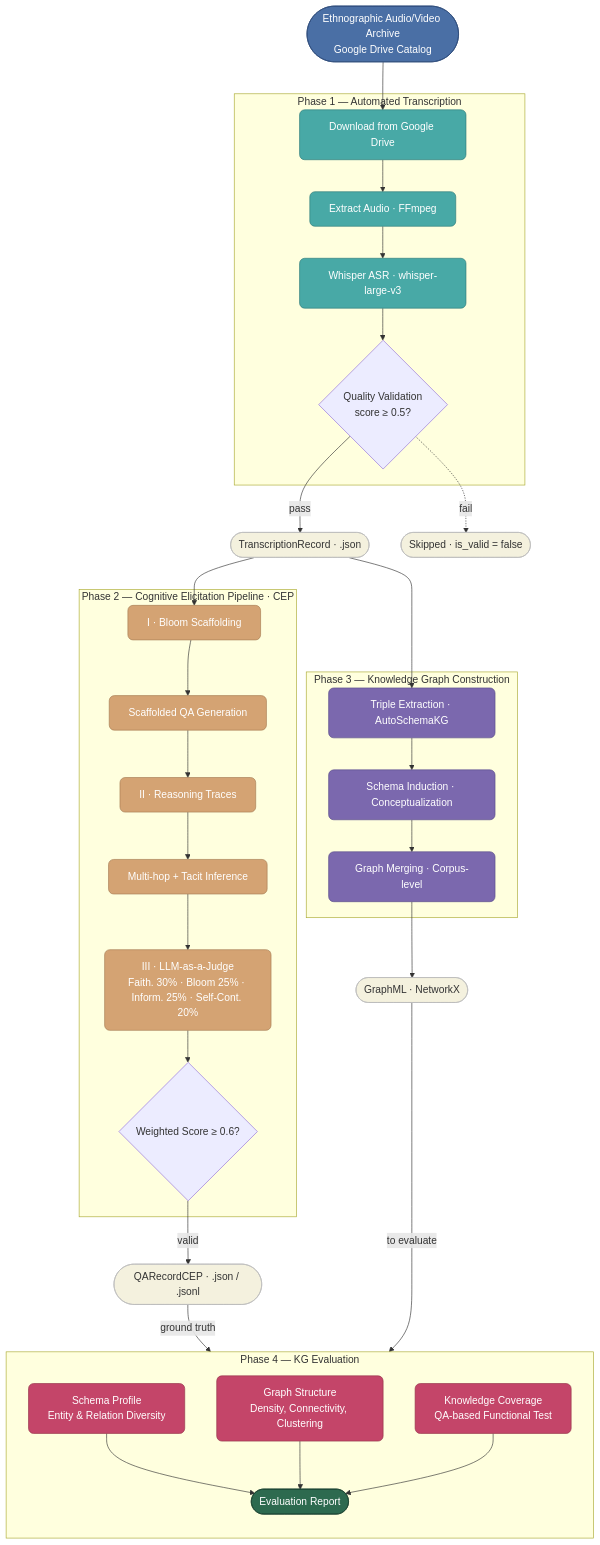
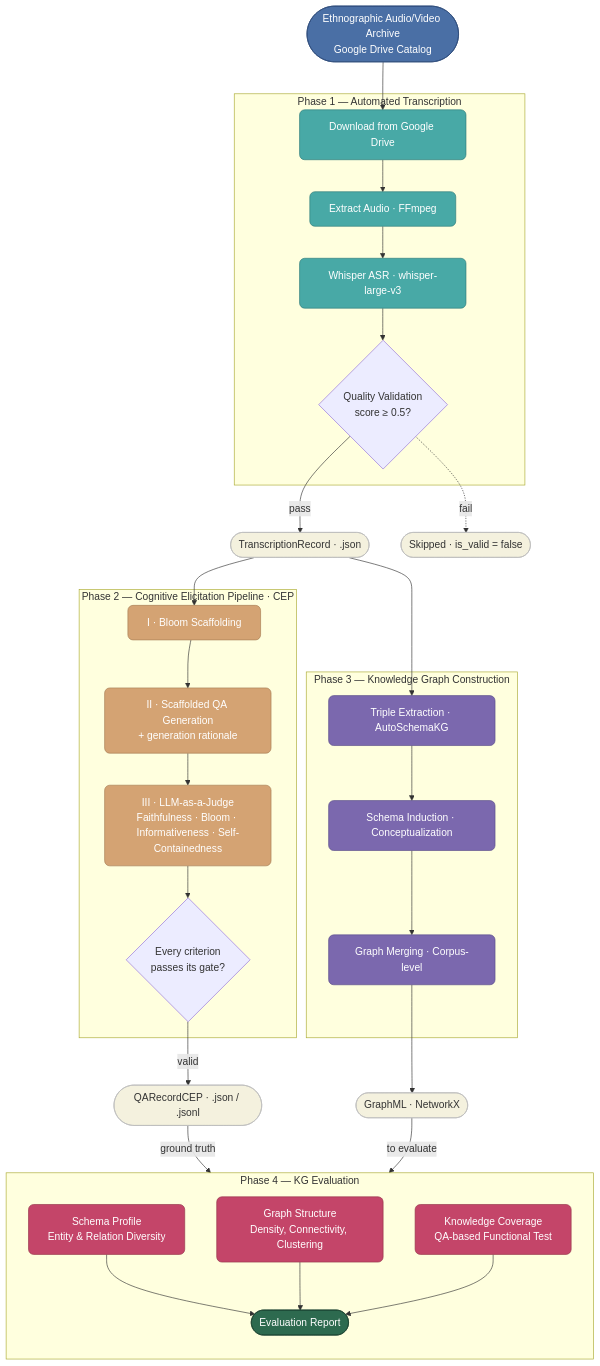
The first of 10 diagrams in docs/research/methodology.md (FredDsR/arandu), drawn with Mermaid before and after one commit. The commit also changed other lines of this file and 32 other files, not shown here.

````diff
--- a/docs/research/methodology.md
+++ b/docs/research/methodology.md
@@ -15,64 +15,62 @@
 ```mermaid
 flowchart TD
     classDef input fill:#4a6fa5,stroke:#2d4a7a,color:#fff,rx:12,ry:12
     classDef p1 fill:#48a9a6,stroke:#2d7a78,color:#fff,rx:8,ry:8
     classDef p2 fill:#d4a373,stroke:#a67c52,color:#fff,rx:8,ry:8
     classDef p3 fill:#7b68ae,stroke:#5a4d8a,color:#fff,rx:8,ry:8
     classDef p4 fill:#c44569,stroke:#943349,color:#fff,rx:8,ry:8
     classDef out fill:#2d6a4f,stroke:#1b4332,color:#fff,rx:12,ry:12
     classDef data fill:#f4f1de,stroke:#bbb,color:#333,rx:6,ry:6
 
     IN(["Ethnographic Audio/Video Archive<br/>Google Drive Catalog"]):::input
 
     IN --> DL
 
     subgraph P1["Phase 1 — Automated Transcription"]
         DL["Download from Google Drive"]:::p1
         FF["Extract Audio · FFmpeg"]:::p1
         WH["Whisper ASR · whisper-large-v3"]:::p1
         QV{"Quality Validation<br/>score ≥ 0.5?"}
         DL --> FF --> WH --> QV
     end
 
     QV -->|pass| ER(["TranscriptionRecord · .json"]):::data
     QV -.->|fail| SK(["Skipped · is_valid = false"]):::data
 
     ER --> BL
     ER --> TE
 
     subgraph P2["Phase 2 — Cognitive Elicitation Pipeline · CEP"]
         BL["I · Bloom Scaffolding"]:::p2
-        SG["Scaffolded QA Generation"]:::p2
-        RT["II · Reasoning Traces"]:::p2
-        MH["Multi-hop + Tacit Inference"]:::p2
-        JU["III · LLM-as-a-Judge<br/>Faith. 30% · Bloom 25% · Inform. 25% · Self-Cont. 20%"]:::p2
-        VD{"Weighted Score ≥ 0.6?"}
-        BL --> SG --> RT --> MH --> JU --> VD
+        SG["II · Scaffolded QA Generation<br/>+ generation rationale"]:::p2
+        JU["III · LLM-as-a-Judge<br/>Faithfulness · Bloom · Informativeness · Self-Containedness"]:::p2
+        VD{"Every criterion<br/>passes its gate?"}
+        BL --> SG --> JU --> VD
     end
 
     subgraph P3["Phase 3 — Knowledge Graph Construction"]
         TE["Triple Extraction · AutoSchemaKG"]:::p3
         SI["Schema Induction · Conceptualization"]:::p3
         GM["Graph Merging · Corpus-level"]:::p3
         TE --> SI --> GM
     end
 
     VD -->|valid| QR(["QARecordCEP · .json / .jsonl"]):::data
     GM --> GR(["GraphML · NetworkX"]):::data
 
     P2 ~~~ P3
 
     QR -->|ground truth| P4
     GR -->|to evaluate| P4
 
     subgraph P4["Phase 4 — KG Evaluation"]
         direction TB
         SP["Schema Profile<br/>Entity & Relation Diversity"]:::p4
         GS["Graph Structure<br/>Density, Connectivity, Clustering"]:::p4
         KC["Knowledge Coverage<br/>QA-based Functional Test"]:::p4
         RP(["Evaluation Report"]):::out
         SP --> RP
         GS --> RP
         KC --> RP
     end
 ```
````
